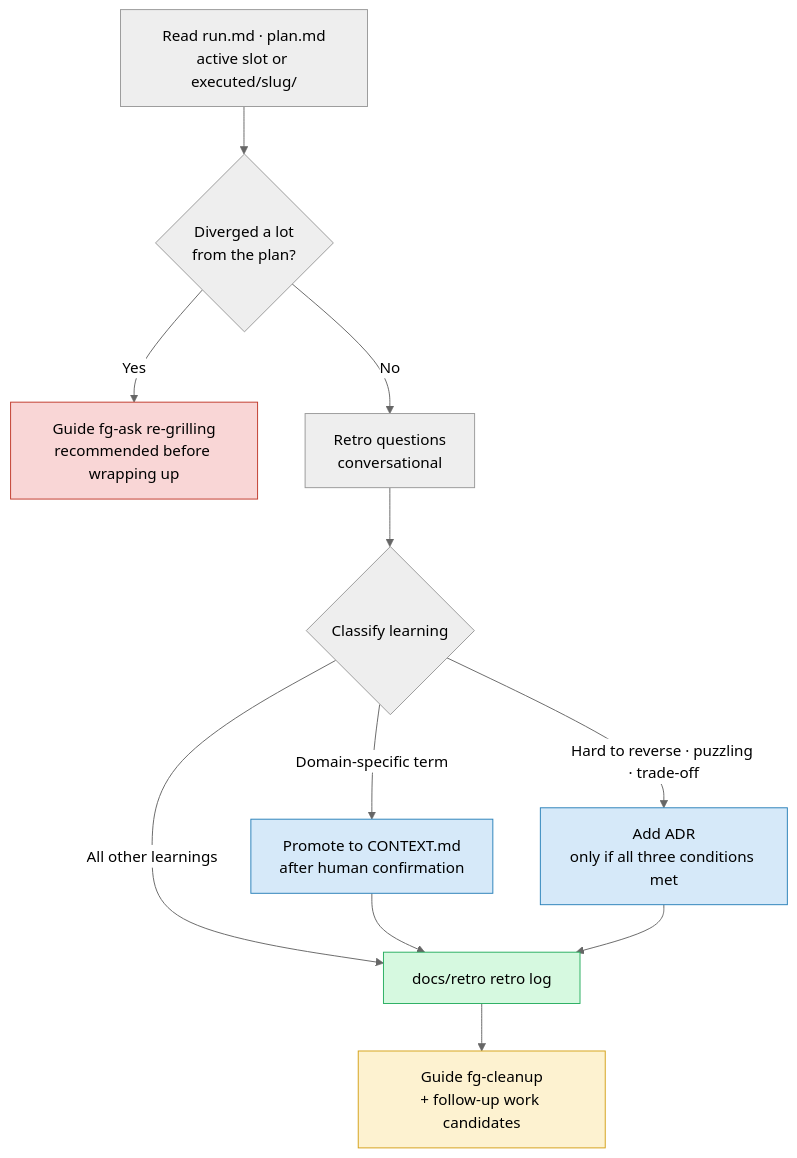
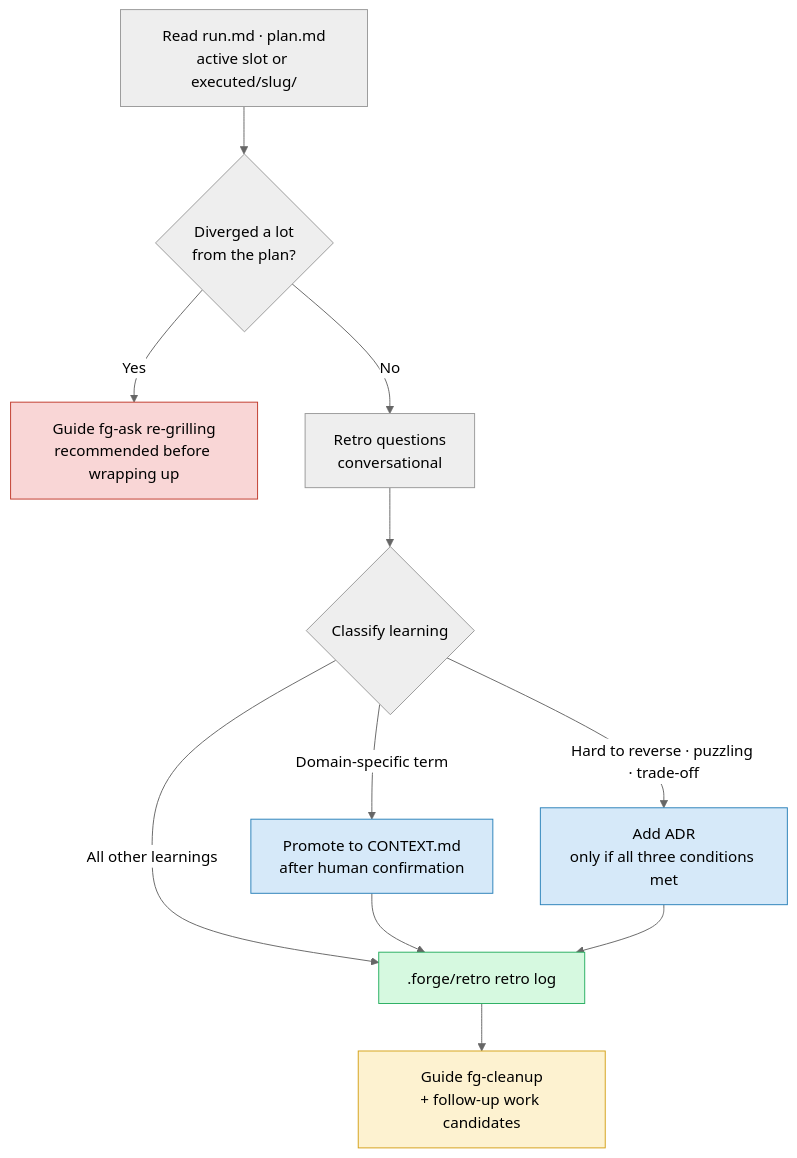
Before and after one commit to gyuha/forge: the diagram in skills/fg-learn/SKILL.md, drawn with Mermaid (neutral theme). The commit also changed other lines of this file and 17 other files, not shown here.

````diff
--- a/skills/fg-learn/SKILL.md
+++ b/skills/fg-learn/SKILL.md
@@ -62,19 +62,19 @@
 ```mermaid
 flowchart TD
     A[Read run.md · plan.md<br/>active slot or executed/slug/] --> B{Diverged a lot<br/>from the plan?}
     B -- Yes --> R[Guide fg-ask re-grilling<br/>recommended before wrapping up]
     B -- No --> C[Retro questions<br/>conversational]
     C --> D{Classify learning}
     D -- Domain-specific term --> E[Promote to CONTEXT.md<br/>after human confirmation]
     D -- Hard to reverse · puzzling · trade-off --> F[Add ADR<br/>only if all three conditions met]
-    D -- All other learnings --> G[docs/retro retro log]
+    D -- All other learnings --> G[.forge/retro retro log]
     E --> G
     F --> G
     G --> H[Guide fg-cleanup<br/>+ follow-up work candidates]
 
     style R fill:#f9d6d6,stroke:#c0392b
     style E fill:#d6e9f9,stroke:#2980b9
     style F fill:#d6e9f9,stroke:#2980b9
     style G fill:#d6f9e0,stroke:#27ae60
     style H fill:#fdf2d0,stroke:#d4a017
 ```
````
